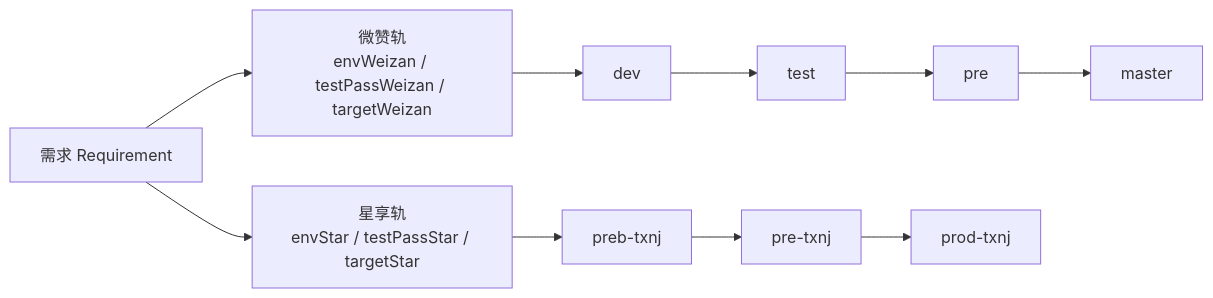
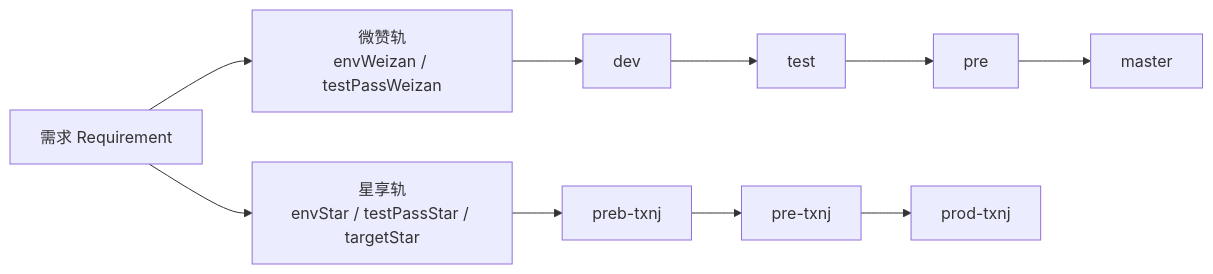
Before and after one commit to HF-code/workRecord: the fourth of 5 diagrams in docs/架构导读.md, drawn with Mermaid. The commit also changed other lines of this file and 15 other files, not shown here.

````diff
--- a/docs/架构导读.md
+++ b/docs/架构导读.md
@@ -179,8 +179,8 @@
 ```mermaid
 flowchart LR
     R["需求 Requirement"]
-    R --> W["微赞轨<br/>envWeizan / testPassWeizan / targetWeizan"]
+    R --> W["微赞轨<br/>envWeizan / testPassWeizan"]
     R --> S["星享轨<br/>envStar / testPassStar / targetStar"]
     W --> W1["dev"] --> W2["test"] --> W3["pre"] --> W4["master"]
     S --> S1["preb-txnj"] --> S2["pre-txnj"] --> S3["prod-txnj"]
 ```
````
